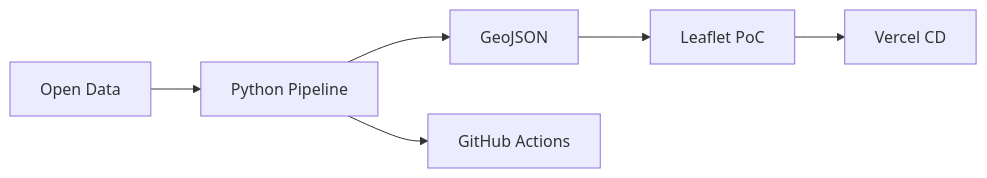
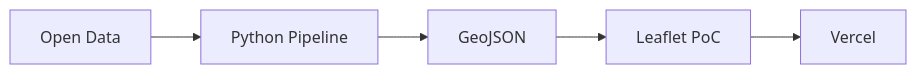
One commit to KanshoVector/Heat-Town changed the diagram in README.md. Above: the diagram before and after it, drawn with Mermaid. The commit also changed other lines of this file and 12 other files, not shown here.

````diff
--- a/README.md
+++ b/README.md
@@ -32,8 +31,7 @@
 ```mermaid
 flowchart LR
     OD[Open Data] --> PY[Python Pipeline]
     PY --> GEO[GeoJSON]
     GEO --> POC[Leaflet PoC]
-    PY --> CI[GitHub Actions]
-    POC --> VER[Vercel CD]
+    POC --> VER[Vercel]
 ```
````
